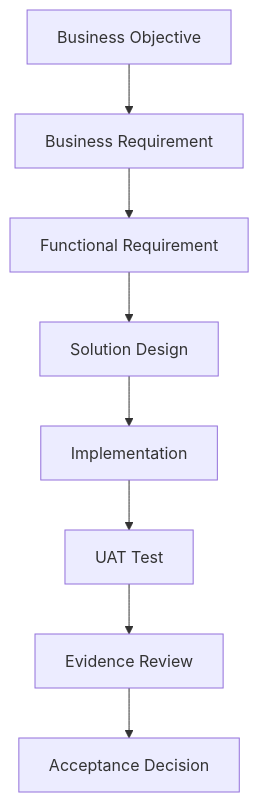
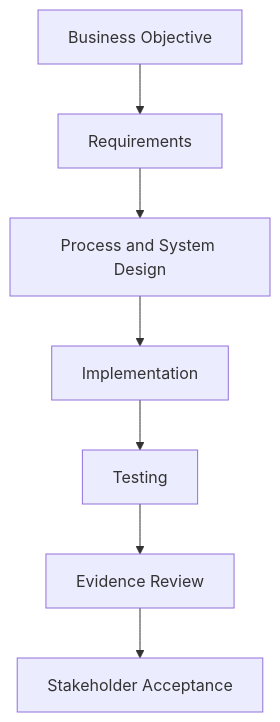
One commit to JamieChristian22/business-analyst-portfolio changed the third of 3 diagrams in README.md. Above: the diagram before and after it, drawn with Mermaid. The commit also changed other lines of this file, not shown here.

````diff
--- a/README.md
+++ b/README.md
@@ -474,10 +429,9 @@
 ```mermaid
 flowchart TD
-    A[Business Objective] --> B[Business Requirement]
-    B --> C[Functional Requirement]
-    C --> D[Solution Design]
-    D --> E[Implementation]
-    E --> F[UAT Test]
-    F --> G[Evidence Review]
-    G --> H[Acceptance Decision]
+    A[Business Objective] --> B[Requirements]
+    B --> C[Process and System Design]
+    C --> D[Implementation]
+    D --> E[Testing]
+    E --> F[Evidence Review]
+    F --> G[Stakeholder Acceptance]
 ```
````
